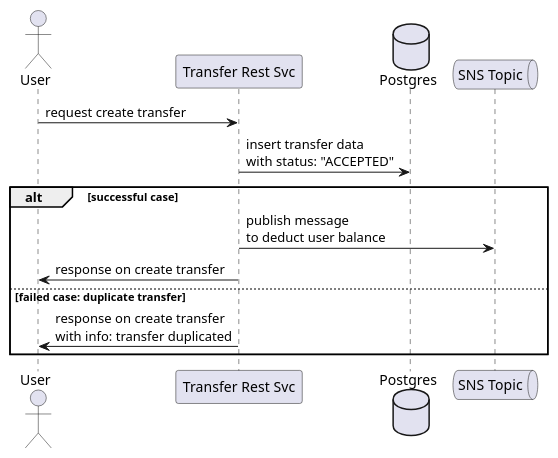
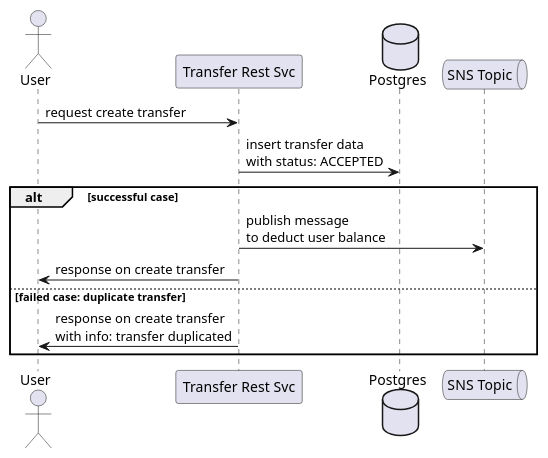
One commit to fahmyabida/brick-transfer changed the diagram in docs/plantuml/activity_create_transfer.plantuml. Above: the diagram before and after it, drawn with PlantUML. The commit also changed 5 other files, not shown here.

Commit message:
chore: add plantuml documentation

```diff
--- a/docs/plantuml/activity_create_transfer.plantuml
+++ b/docs/plantuml/activity_create_transfer.plantuml
@@ -1,21 +1,21 @@
 @startuml
 actor       User       as user
 participant "Transfer Rest Svc" as svc
 database    Postgres    as pg
 queue       "SNS Topic" as SNS
 user -> svc: request create transfer
 
-svc -> pg: insert transfer data \nwith status: "ACCEPTED"
+svc -> pg: insert transfer data \nwith status: ACCEPTED
 
 alt successful case
 
   svc -> SNS: publish message\nto deduct user balance
   svc -> user: response on create transfer
 
 else failed case: duplicate transfer
 
   svc -> user: response on create transfer\nwith info: transfer duplicated
     
 end
 
 @enduml
```
